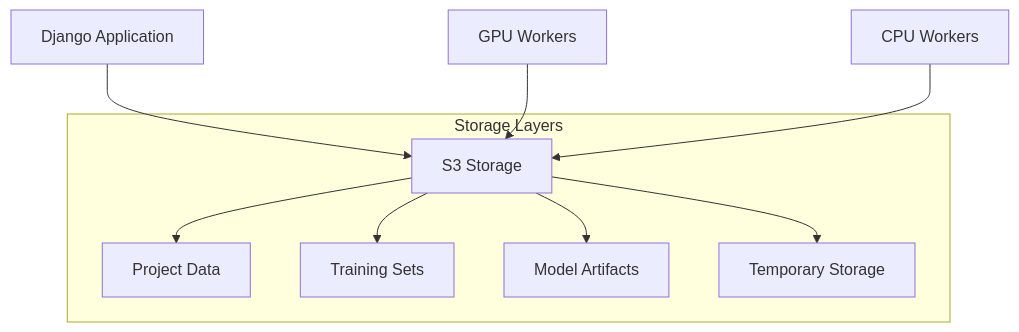
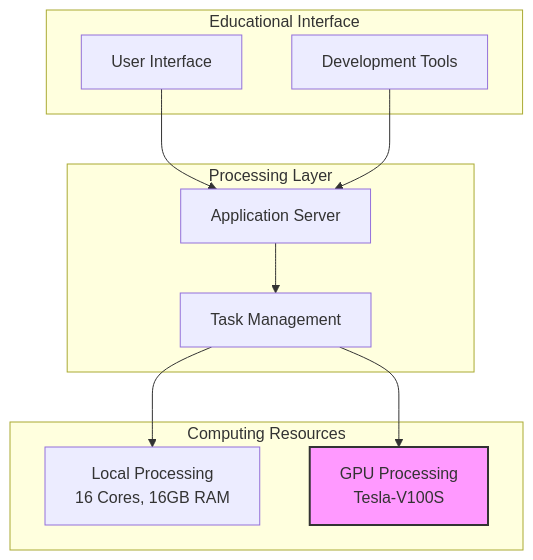
One commit to frontierbio-tech/frontierbio-tech.github.io changed the first of 4 diagrams in test2.md. Above: the diagram before and after it, drawn with Mermaid. The commit also changed other lines of this file, not shown here.

````diff
--- a/test2.md
+++ b/test2.md
@@ -41,13 +43,25 @@
 ```mermaid
 graph TB
-    A[Django Application] --> B[S3 Storage]
-    C[GPU Workers] --> B
-    D[CPU Workers] --> B
-    
-    subgraph "Storage Layers"
-        B --> E[Project Data]
-        B --> F[Training Sets]
-        B --> G[Model Artifacts]
-        B --> H[Temporary Storage]
+    subgraph "Educational Interface"
+        UI[User Interface]
+        Tools[Development Tools]
     end
+
+    subgraph "Processing Layer"
+        App[Application Server]
+        Queue[Task Management]
+    end
+
+    subgraph "Computing Resources"
+        CPU[Local Processing<br/>16 Cores, 16GB RAM]
+        GPU[GPU Processing<br/>Tesla-V100S]
+    end
+
+    UI --> App
+    Tools --> App
+    App --> Queue
+    Queue --> CPU
+    Queue --> GPU
+
+    style GPU fill:#f9f,stroke:#333,stroke-width:2px
 ```
````
